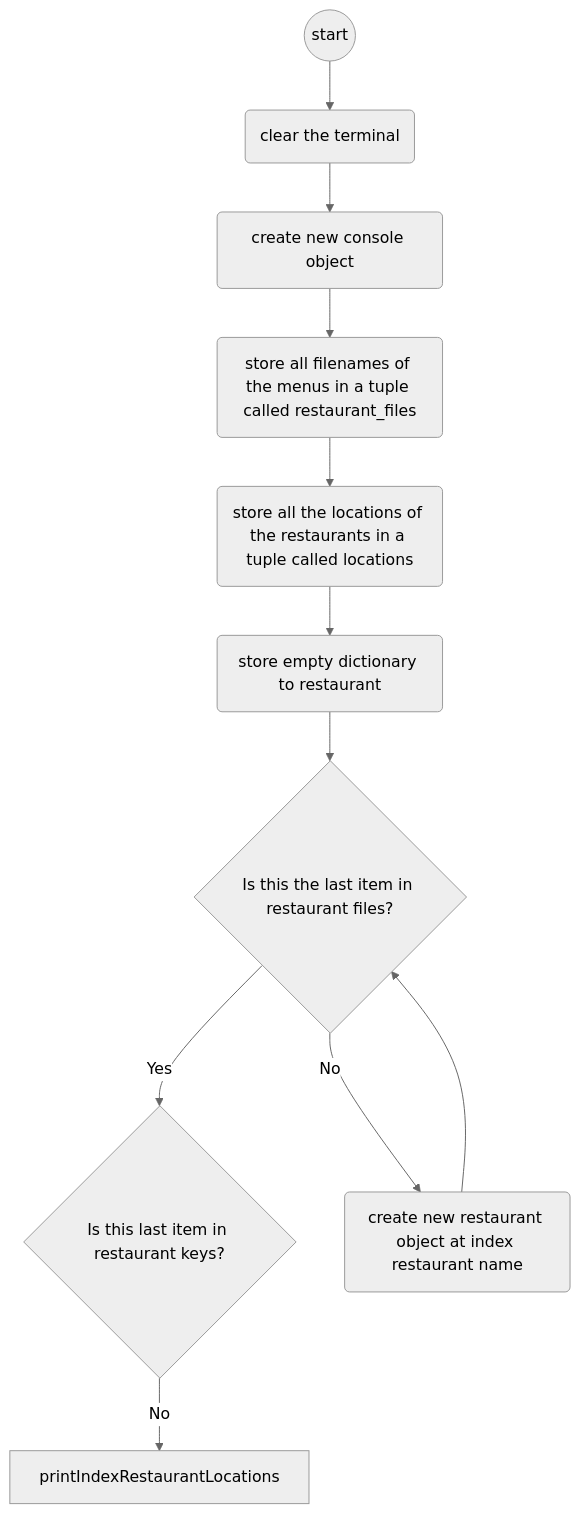
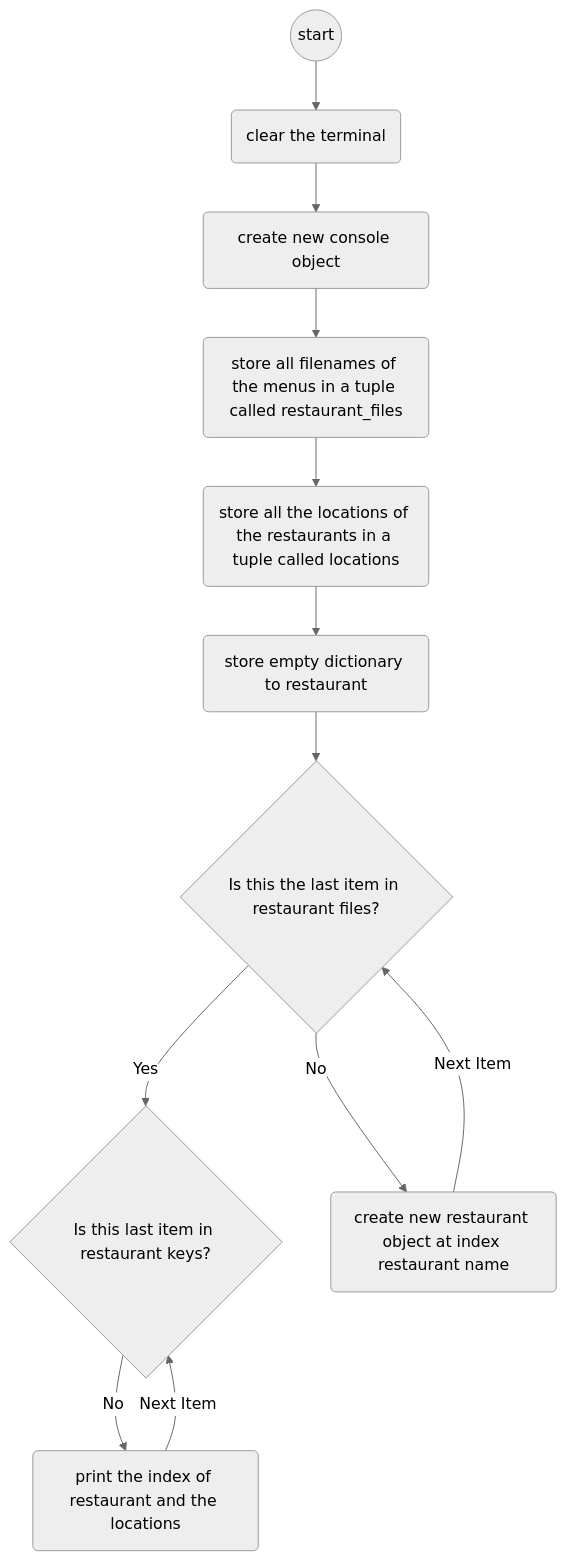
The diagram in Error Journaling/flowchart.mmd (asdcf35/classwork), drawn with Mermaid (neutral theme) before and after one commit. The commit also changed other lines of this file, not shown here.

Commit message:
May 13, 2024, 8:48 PM

```diff
--- a/Error Journaling/flowchart.mmd
+++ b/Error Journaling/flowchart.mmd
@@ -1,10 +1,10 @@
 flowchart
     start((start)) -->
     clearTerminal(clear the terminal) -->
     consoleObject(create new console object) -->
     restaurantFiles(store all filenames of the menus in a tuple called restaurant_files) -->
     locations(store all the locations of the restaurants in a tuple called locations) -->
     emptyRestaurant(store empty dictionary to restaurant) -->
     lastItemInRestaurantFiles{Is this the last item in restaurant files?} --> |Yes| lastItemInRestaurantKeys{Is this last item in restaurant keys?}
-    lastItemInRestaurantKeys --> |No| printIndexRestaurantLocations
-    lastItemInRestaurantFiles --> |No| createRestaurantItem(create new restaurant object at index restaurant name) --> lastItemInRestaurantFiles    
+    lastItemInRestaurantKeys --> |No| printIndexRestaurantLocations(print the index of restaurant and the locations) -->|Next Item|lastItemInRestaurantKeys
+    lastItemInRestaurantFiles --> |No| createRestaurantItem(create new restaurant object at index restaurant name) -->|Next Item|lastItemInRestaurantFiles
```
